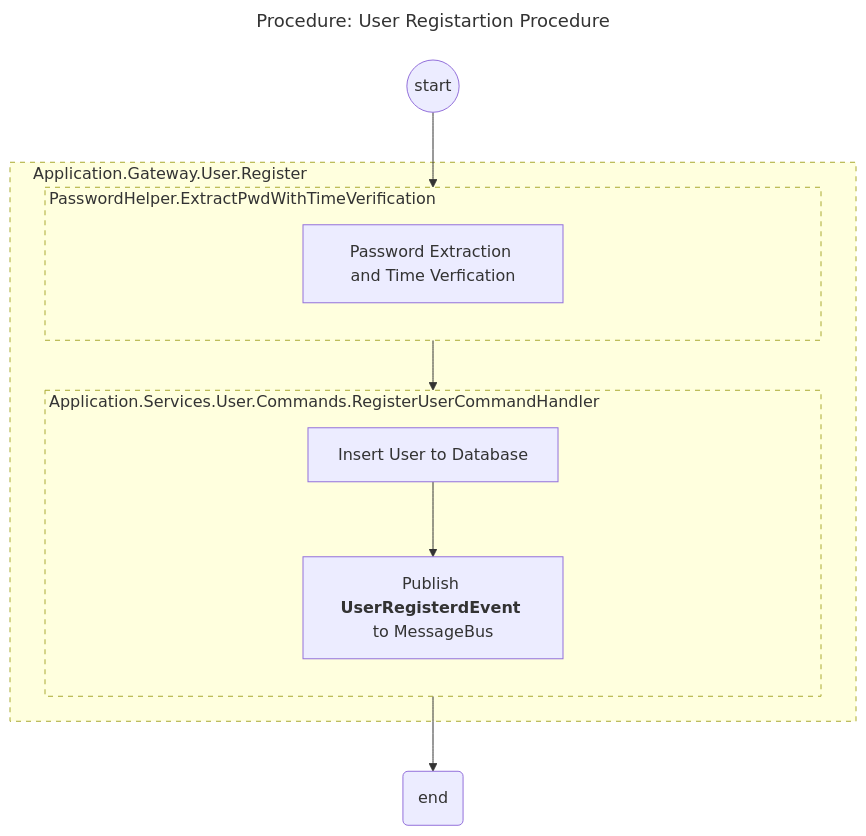
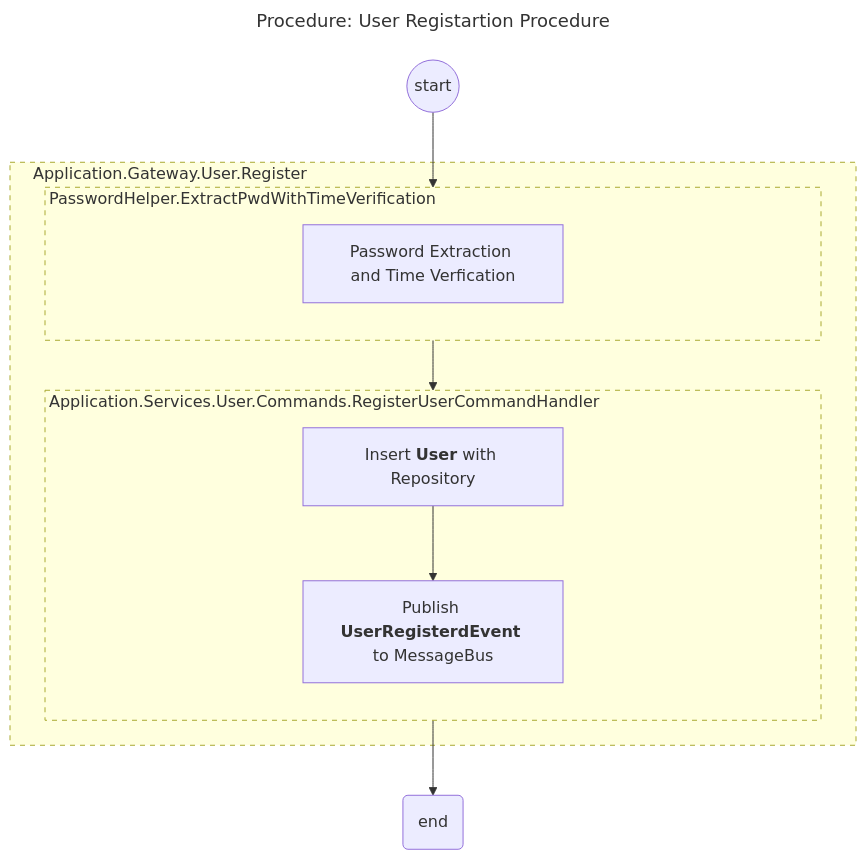
Before and after one commit to sdlfly2000/AuthenticationServer: the diagram in UML/Application/Application.Gateway.md, drawn with Mermaid.

Commit message:
#4 [UML] User udpate

````diff
--- a/UML/Application/Application.Gateway.md
+++ b/UML/Application/Application.Gateway.md
@@ -3,34 +3,34 @@
 ```mermaid
 ---
 title: "Procedure: User Registartion Procedure"
 ---
 
 flowchart TB
     start_overall((start))
 
     subgraph user_register[<div style='display:flex; justify-content:flex-start; align-items:flex-start;width:50em'>Application.Gateway.User.Register</div>]
 
         subgraph password_extraction_verification[<div style='display:flex; justify-content:flex-start; align-items:flex-start;width:48em'>PasswordHelper.ExtractPwdWithTimeVerification</div>]
             direction TB
             PwdExtraction[Password Extraction and Time Verfication]
         end
 
         subgraph insert_user_database[<div style='display:flex; justify-content:flex-start; align-items:flex-start;width:48em'>Application.Services.User.Commands.RegisterUserCommandHandler</div>]
             direction TB
-            InsertUser[Insert User to Database]
+            InsertUser["`Insert **User** with Repository`"]
             PublishUserMessage["`Publish **UserRegisterdEvent** to MessageBus`"]
         end
     end
 
     end_overall(end)
 
     %%{relationship}%%
     start_overall --> PwdExtraction -->
     InsertUser --> PublishUserMessage -->
     end_overall
 
     %% Custom Styles
     style user_register stroke-dasharray: 5 5;
     style password_extraction_verification stroke-dasharray: 5 5;
     style insert_user_database stroke-dasharray: 5 5;        
 ```
````
